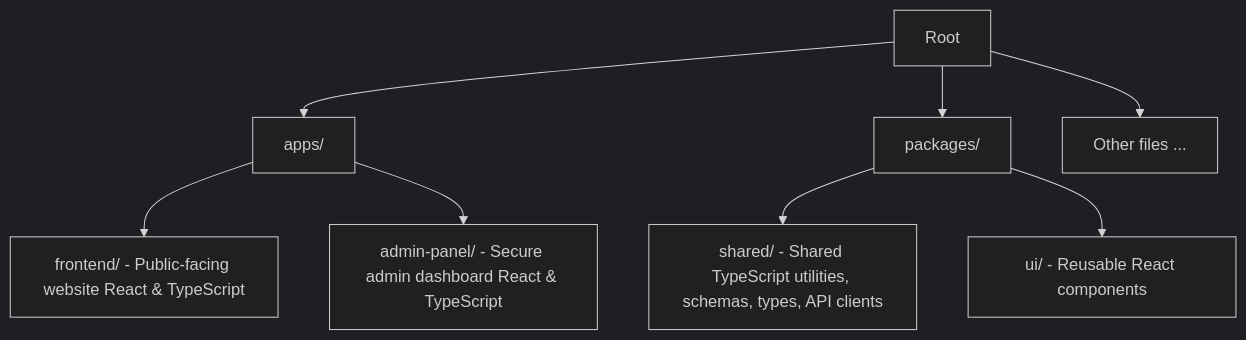
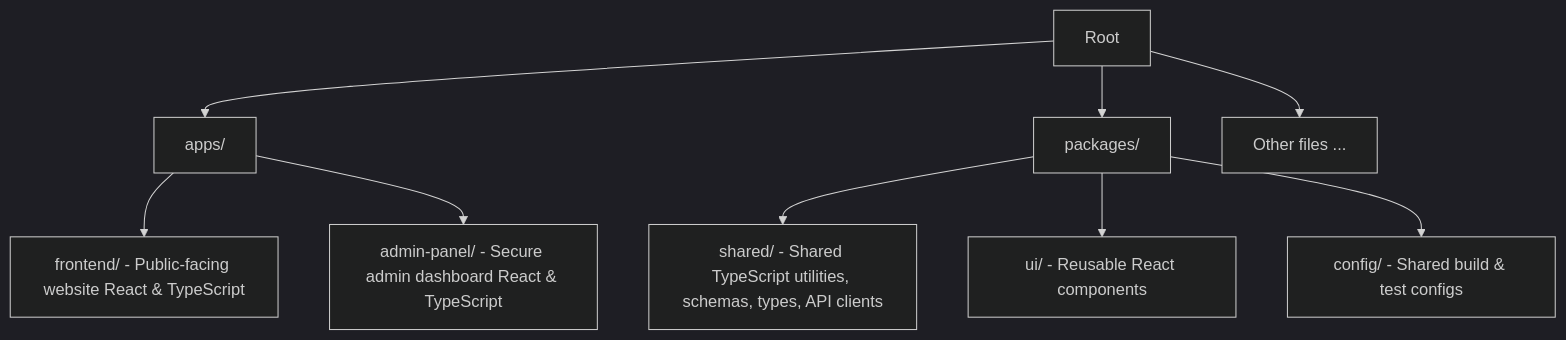
Before and after one commit to aj-kivimaki/jpx: the diagram in docs/ARCHITECTURE.md, drawn with Mermaid (dark theme). The commit also changed other lines of this file and 19 other files, not shown here.

````diff
--- a/docs/ARCHITECTURE.md
+++ b/docs/ARCHITECTURE.md
@@ -7,12 +7,13 @@
 ```mermaid
 graph TD
     root["Root"] --> apps["apps/"]
     apps --> frontend["frontend/ - Public-facing website React & TypeScript"]
     apps --> admin["admin-panel/ - Secure admin dashboard React & TypeScript"]
 
     root --> packages["packages/"]
     packages --> shared["shared/ - Shared TypeScript utilities, schemas, types, API clients"]
     packages --> ui["ui/ - Reusable React components"]
+    packages --> config["config/ - Shared build & test configs"]
 
     root --> other["Other files ..."]
 ```
````
